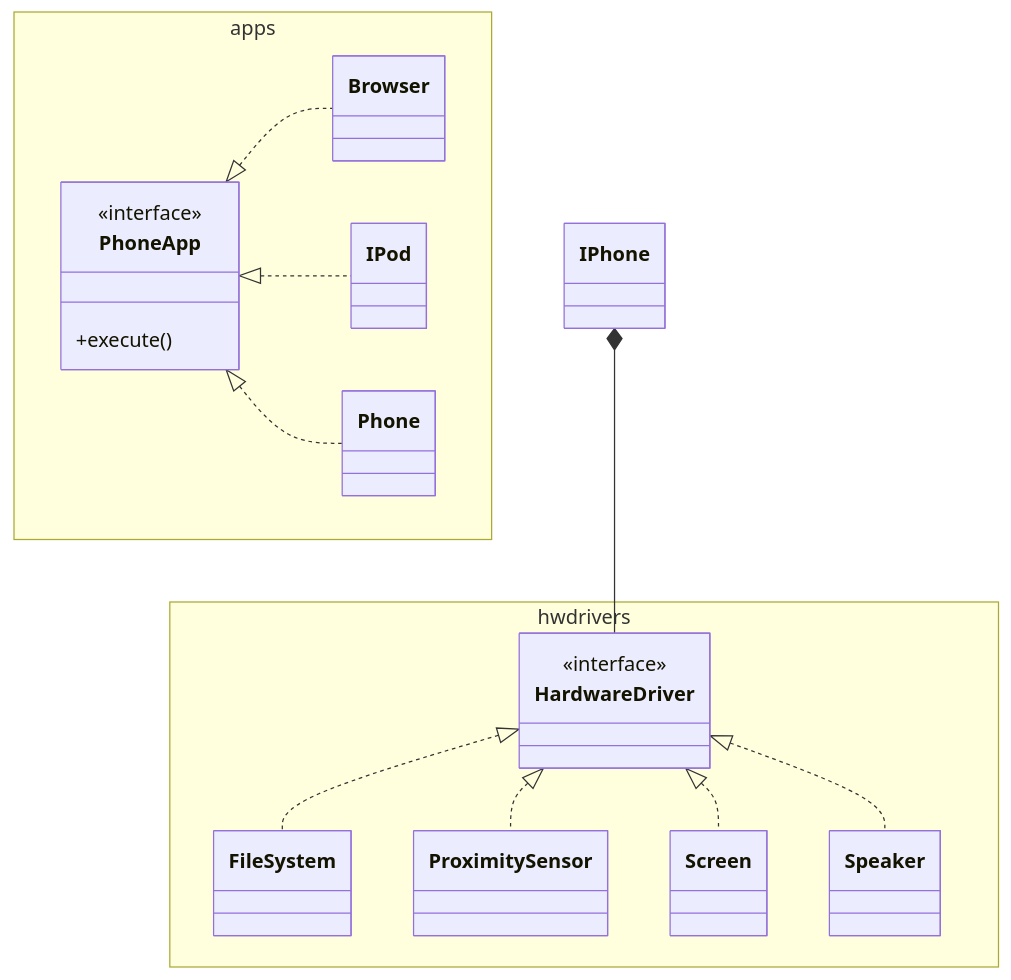
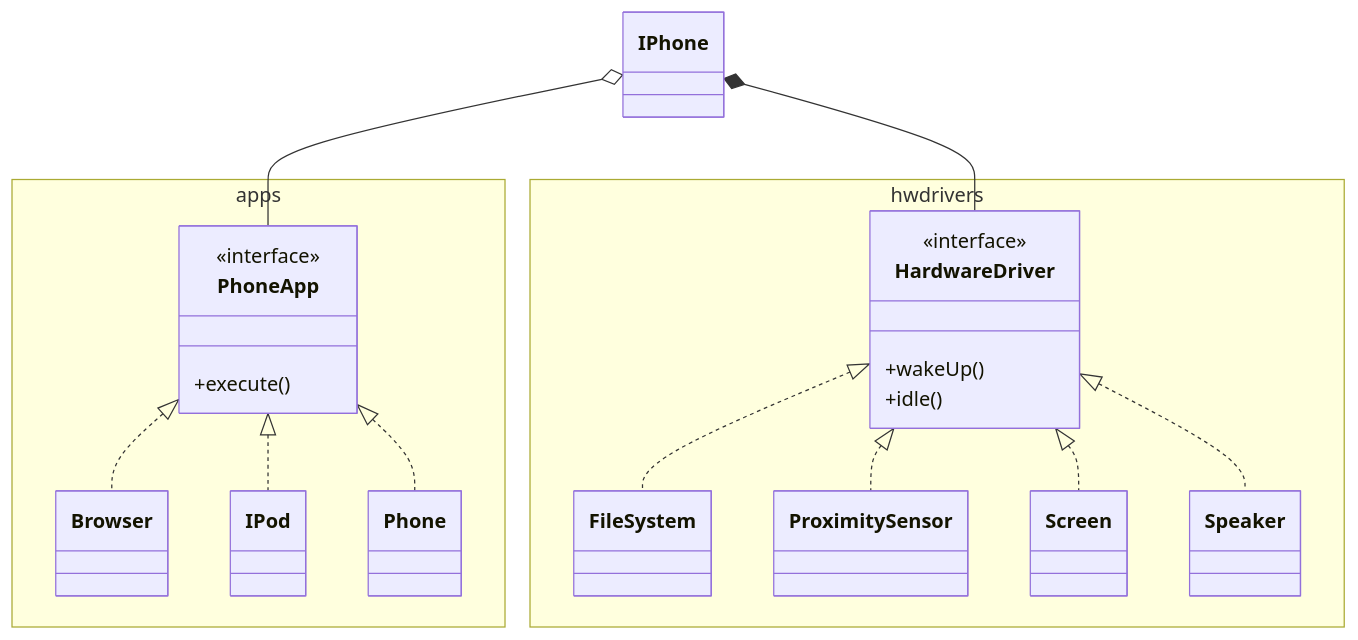
One commit to plajuan/dio-trilha-java-basico changed the diagram in README.md. Above: the diagram before and after it, drawn with Mermaid.

````diff
--- a/README.md
+++ b/README.md
@@ -19,30 +19,33 @@
 ```mermaid
 classDiagram
     PhoneApp <|.. Browser
     PhoneApp <|.. IPod
     PhoneApp <|.. Phone
     HardwareDriver <|.. FileSystem
     HardwareDriver <|.. ProximitySensor
     HardwareDriver <|.. Screen
     HardwareDriver <|.. Speaker
     IPhone *-- HardwareDriver
+    IPhone o-- PhoneApp
     class IPhone
     namespace apps{
     	class PhoneApp{
     		<<interface>>
     		+execute()
     	}
     	class Browser
     	class IPod
     	class Phone
     }
     namespace hwdrivers{
     	class HardwareDriver{
     		<<interface>>
+            +wakeUp()
+            +idle()
     	}
     	class FileSystem
     	class ProximitySensor
     	class Screen
     	class Speaker
     }
 ```
````
